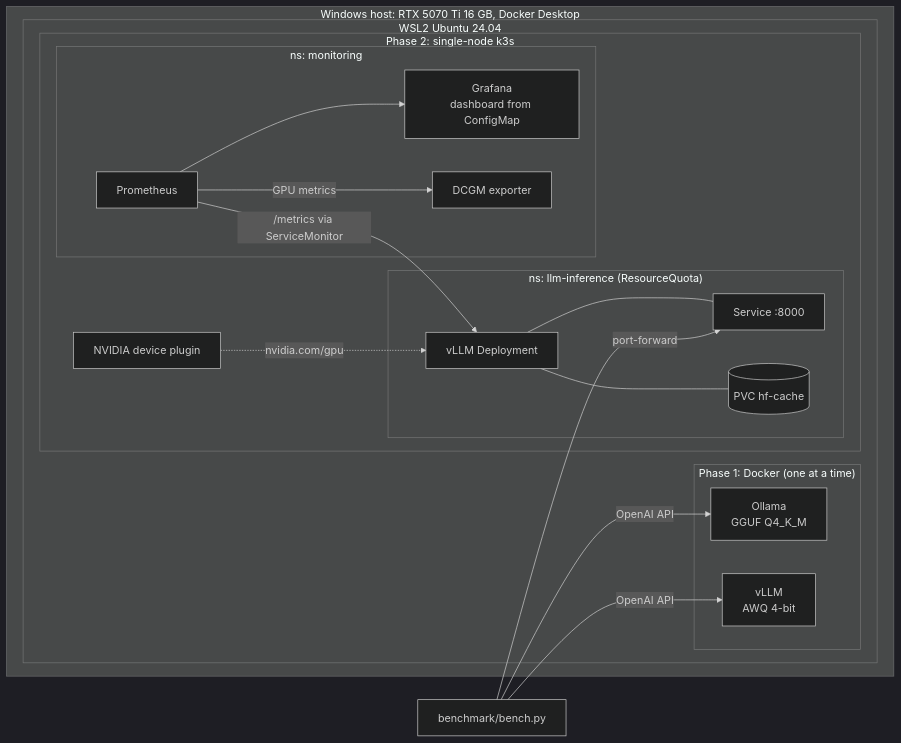
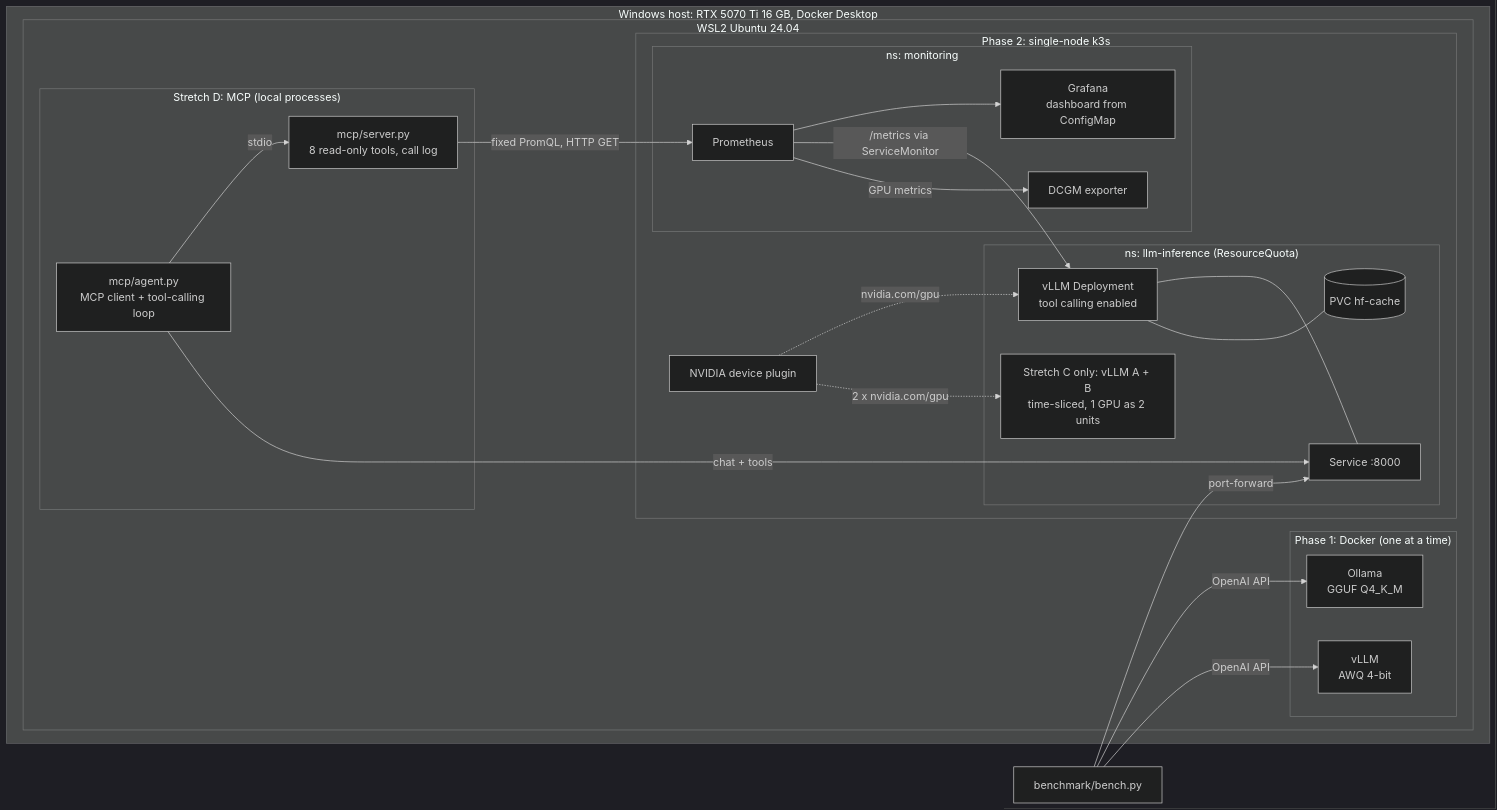
One commit to Thanushreesridhara/Self-hosted_LLM_inference_lab changed the diagram in README.md. Above: the diagram before and after it, drawn with Mermaid (dark theme).

Commit message:
README: add MCP and time-slicing components to architecture diagram

````diff
--- a/README.md
+++ b/README.md
@@ -26,28 +26,35 @@
 ```mermaid
 flowchart LR
   subgraph host["Windows host: RTX 5070 Ti 16 GB, Docker Desktop"]
     subgraph wsl["WSL2 Ubuntu 24.04"]
       subgraph p1["Phase 1: Docker (one at a time)"]
         O["Ollama<br/>GGUF Q4_K_M"]
         V1["vLLM<br/>AWQ 4-bit"]
       end
       subgraph k3s["Phase 2: single-node k3s"]
         subgraph nsi["ns: llm-inference (ResourceQuota)"]
-          V2["vLLM Deployment"] --- SVC["Service :8000"]
+          V2["vLLM Deployment<br/>tool calling enabled"] --- SVC["Service :8000"]
           V2 --- PVC[("PVC hf-cache")]
+          VAB["Stretch C only: vLLM A + B<br/>time-sliced, 1 GPU as 2 units"]
         end
         subgraph nsm["ns: monitoring"]
           PR["Prometheus"] --> GF["Grafana<br/>dashboard from ConfigMap"]
           DC["DCGM exporter"]
         end
         PLUG["NVIDIA device plugin"]
+      end
+      subgraph mcpbox["Stretch D: MCP (local processes)"]
+        AG["mcp/agent.py<br/>MCP client + tool-calling loop"] -->|stdio| MS["mcp/server.py<br/>8 read-only tools, call log"]
       end
     end
   end
   B["benchmark/bench.py"] -->|OpenAI API| O
   B -->|OpenAI API| V1
   B -->|port-forward| SVC
   PR -->|"/metrics via ServiceMonitor"| V2
   PR -->|"GPU metrics"| DC
   PLUG -.->|nvidia.com/gpu| V2
+  PLUG -.->|"2 x nvidia.com/gpu"| VAB
+  MS -->|"fixed PromQL, HTTP GET"| PR
+  AG -->|"chat + tools"| SVC
 ```
````
